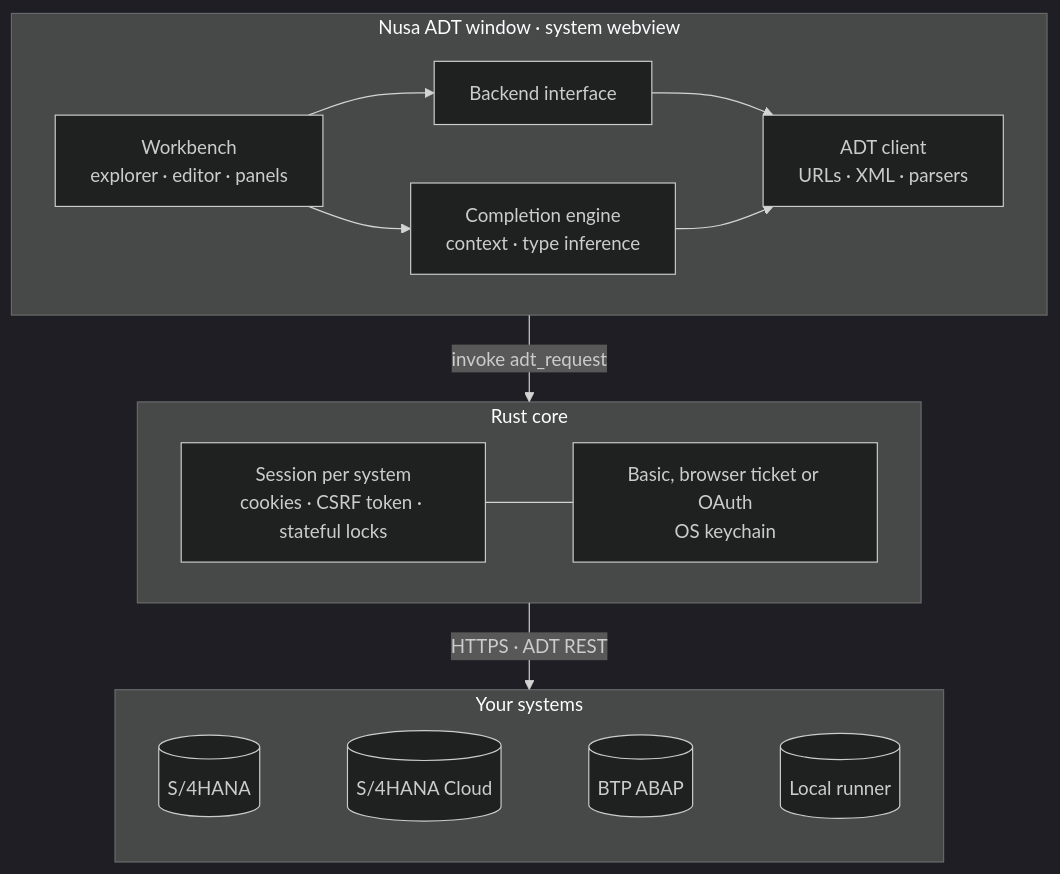
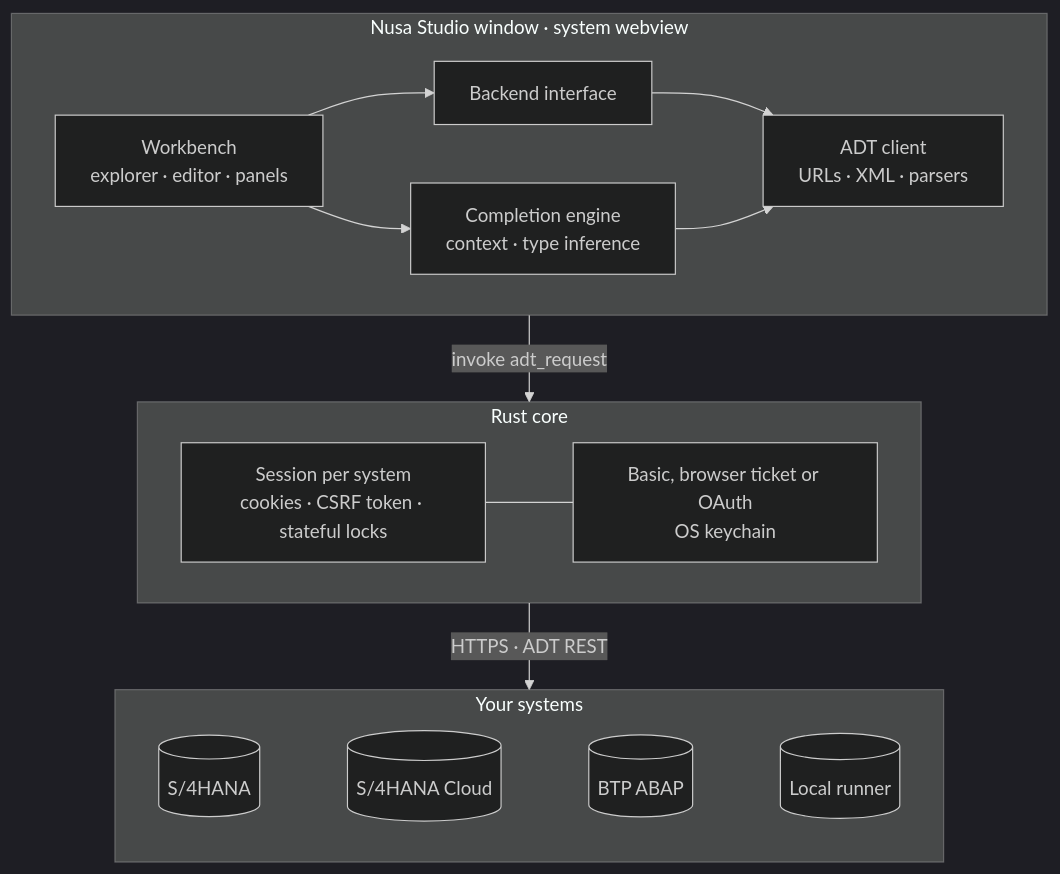
The diagram in README.md (billaheagle/nusa-adt), drawn with Mermaid (dark theme) before and after one commit. The commit also changed other lines of this file and 33 other files, not shown here.

````diff
--- a/README.md
+++ b/README.md
@@ -181,28 +181,28 @@
 ```mermaid
 flowchart TB
-  subgraph app["Nusa ADT window · system webview"]
+  subgraph app["Nusa Studio window · system webview"]
     direction LR
     ui["Workbench<br/>explorer · editor · panels"]
     cmp["Completion engine<br/>context · type inference"]
     be["Backend interface"]
     adt["ADT client<br/>URLs · XML · parsers"]
     ui --> be --> adt
     ui --> cmp --> adt
   end
   subgraph core["Rust core"]
     direction LR
     ses["Session per system<br/>cookies · CSRF token · stateful locks"]
     auth["Basic, browser ticket or OAuth<br/>OS keychain"]
     ses --- auth
   end
   subgraph sys["Your systems"]
     direction LR
     s4[("S/4HANA")]
     s4c[("S/4HANA Cloud")]
     btp[("BTP ABAP")]
     run[("Local runner")]
     s4 ~~~ s4c ~~~ btp ~~~ run
   end
   app -->|"invoke adt_request"| core
   core -->|"HTTPS · ADT REST"| sys
 ```
````
